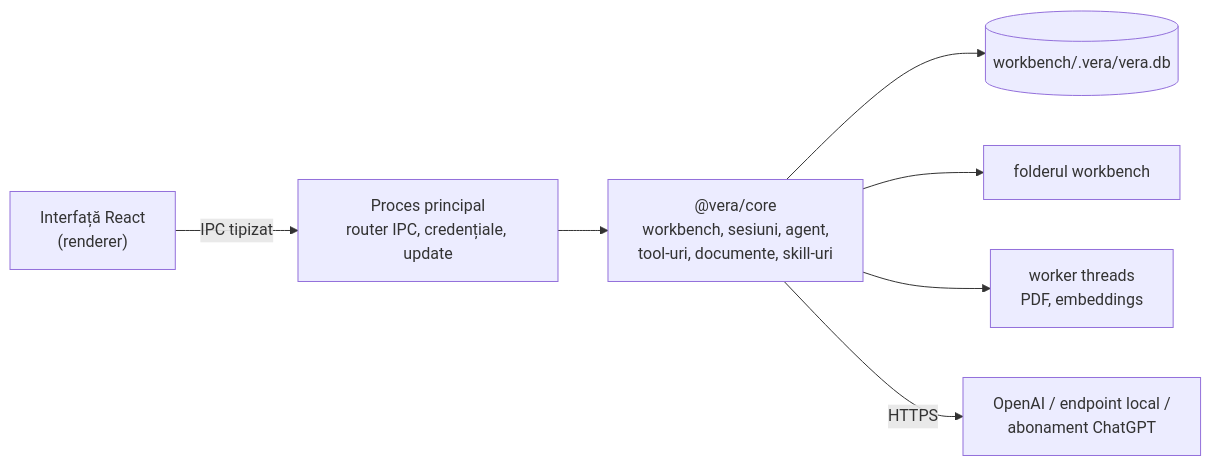
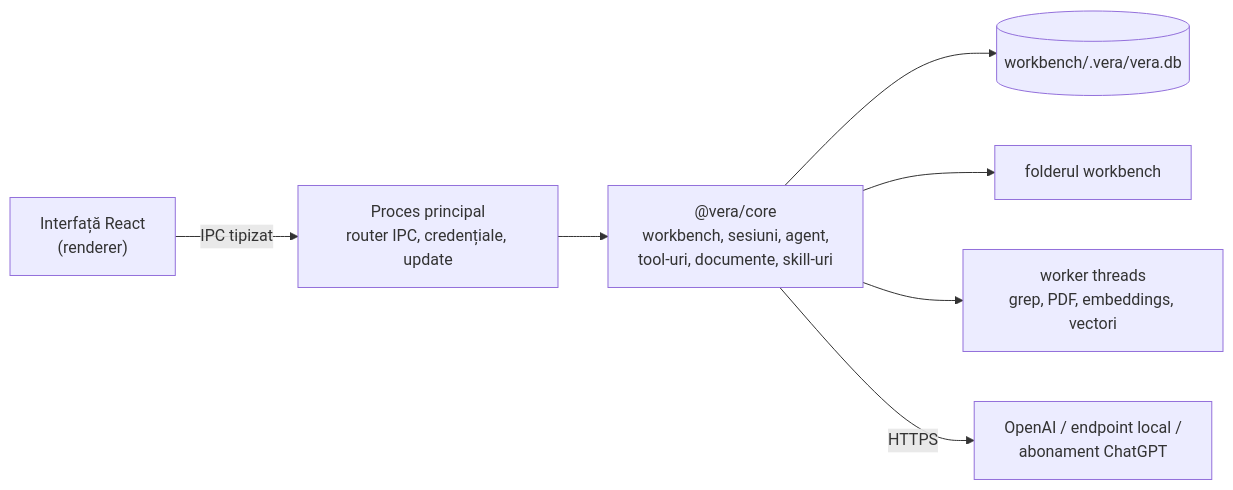
One commit to DDP-Engineering/2026_Virtual_Embedded_Rig_Assistant changed the diagram in 00_Planning/00-overview.md. Above: the diagram before and after it, drawn with Mermaid. The commit also changed other lines of this file and 24 other files, not shown here.

````diff
--- a/00_Planning/00-overview.md
+++ b/00_Planning/00-overview.md
@@ -68,9 +72,9 @@
 ```mermaid
 flowchart LR
   UI["Interfață React<br/>(renderer)"] -- "IPC tipizat" --> MAIN["Proces principal<br/>router IPC, credențiale, update"]
   MAIN --> CORE["@vera/core<br/>workbench, sesiuni, agent,<br/>tool-uri, documente, skill-uri"]
   CORE --> DB[("workbench/.vera/vera.db")]
   CORE --> FS["folderul workbench"]
-  CORE --> W["worker threads<br/>PDF, embeddings"]
+  CORE --> W["worker threads<br/>grep, PDF, embeddings, vectori"]
   CORE -- HTTPS --> LLM["OpenAI / endpoint local /<br/>abonament ChatGPT"]
 ```
````
